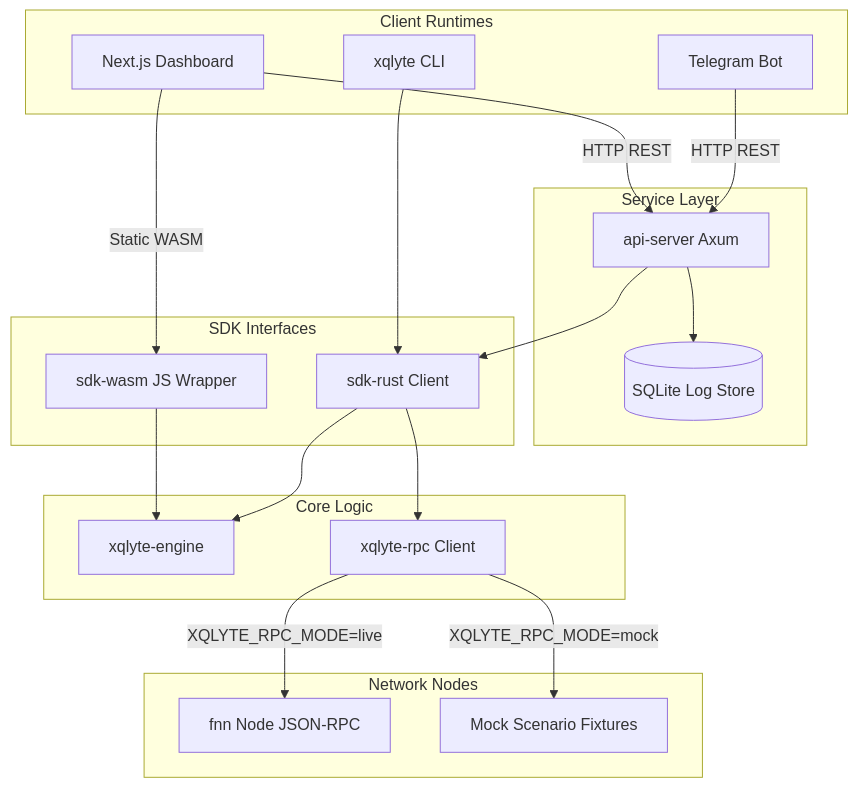
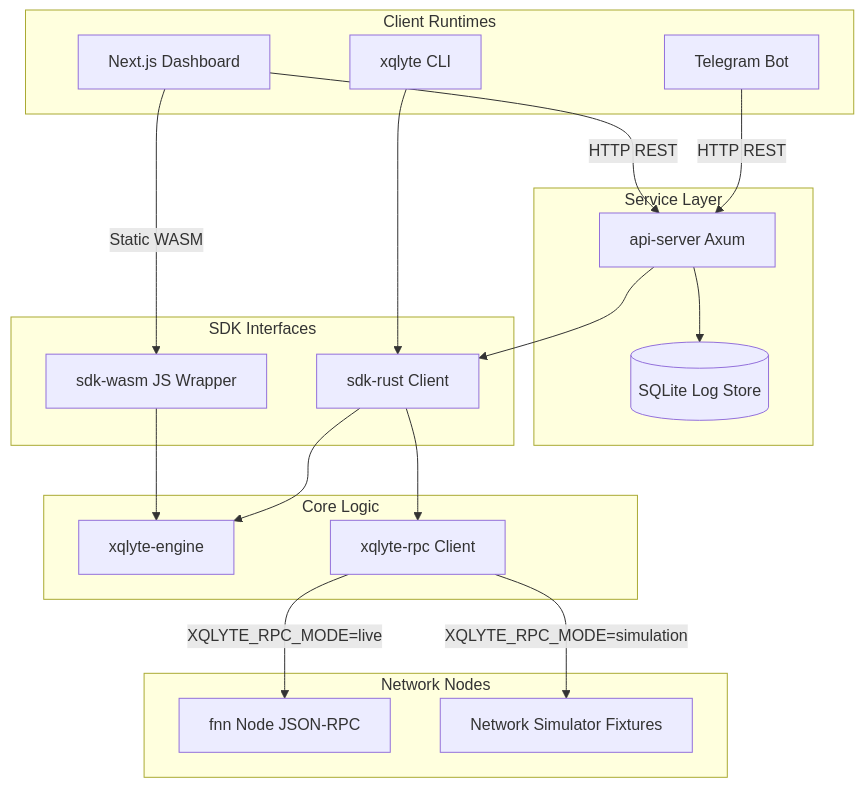
One commit to Temitope15/xqlyte changed the diagram in README.md. Above: the diagram before and after it, drawn with Mermaid. The commit also changed other lines of this file and 13 other files, not shown here.

Commit message:
docs: update architecture documentation and add topology endpoints to API server

````diff
--- a/README.md
+++ b/README.md
@@ -62,44 +62,44 @@
 ```mermaid
 flowchart TD
     subgraph Client Runtimes
         CLI[xqlyte CLI]
         BOT[Telegram Bot]
         DASH[Next.js Dashboard]
     end
 
     subgraph Service Layer
         API[api-server Axum]
         DB[(SQLite Log Store)]
     end
 
     subgraph SDK Interfaces
         SDK_R[sdk-rust Client]
         SDK_W[sdk-wasm JS Wrapper]
     end
 
     subgraph Core Logic
         ENG[xqlyte-engine]
         RPC[xqlyte-rpc Client]
     end
 
     subgraph Network Nodes
         FNN[fnn Node JSON-RPC]
-        MOCK[Mock Scenario Fixtures]
+        SIM[Network Simulator Fixtures]
     end
 
     %% Wiring
     CLI --> SDK_R
     BOT -->|HTTP REST| API
     DASH -->|HTTP REST| API
     API --> SDK_R
     API --> DB
 
     SDK_R --> ENG
     SDK_R --> RPC
 
     RPC -->|XQLYTE_RPC_MODE=live| FNN
-    RPC -->|XQLYTE_RPC_MODE=mock| MOCK
+    RPC -->|XQLYTE_RPC_MODE=simulation| SIM
 
     DASH -->|Static WASM| SDK_W
     SDK_W --> ENG
 ```
````
